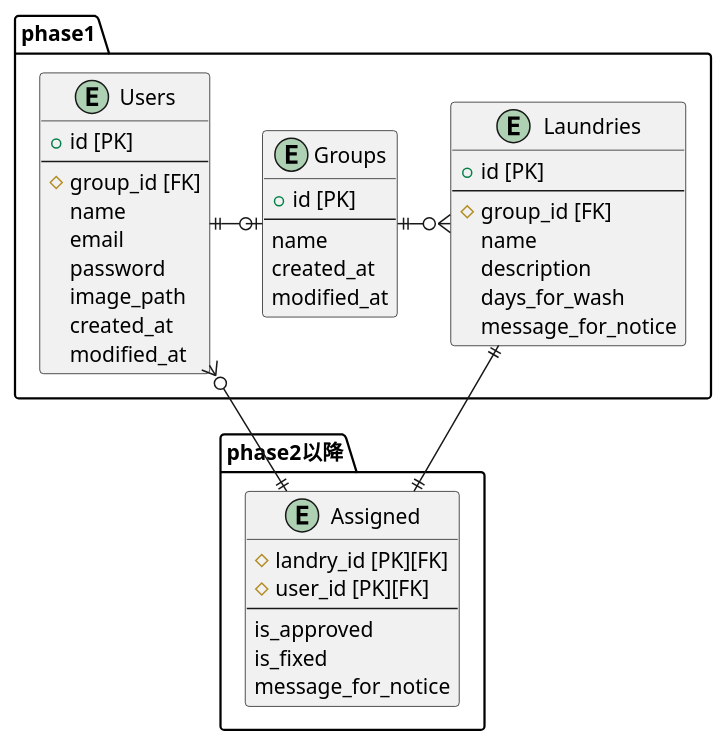
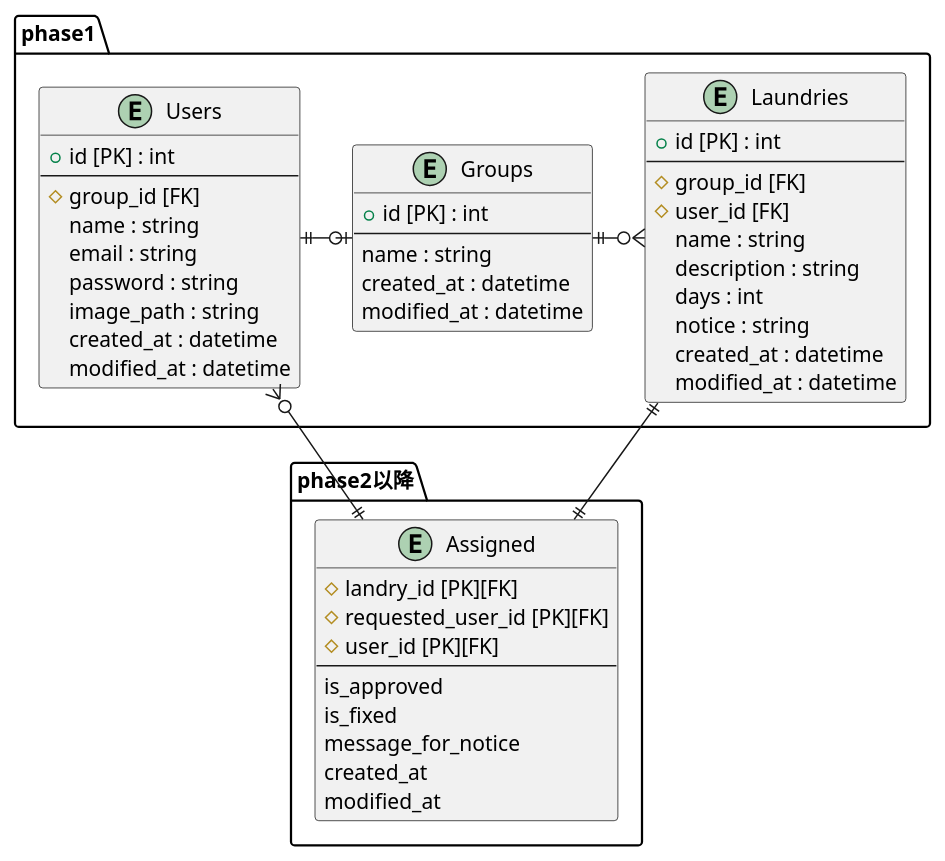
One commit to mixa393/mohumohu changed the diagram in docs/ER図.puml. Above: the diagram before and after it, drawn with PlantUML.

Commit message:
Fix: カラムの型を指定

```diff
--- a/docs/ER図.puml
+++ b/docs/ER図.puml
@@ -1,52 +1,58 @@
 @startuml
 
 package phase1 as phase1{
     entity Users{
-    + id [PK]
+    + id [PK] : int
     --
     # group_id [FK]
-    name
-    email
-    password
-    image_path
-    created_at
-    modified_at
+    name : string
+    email : string
+    password : string
+    image_path : string
+    created_at : datetime
+    modified_at : datetime
     }
 
     entity Groups
     {
-    + id [PK]
+    + id [PK] : int
     --
-    name
-    created_at
-    modified_at
+    name : string
+    created_at : datetime
+    modified_at : datetime
     }
 
     entity Laundries{
-    + id [PK]
+    + id [PK] : int
     --
     # group_id [FK]
-    name
-    description
-    days_for_wash
-    message_for_notice
+    # user_id [FK]
+    name : string
+    description : string
+    days : int
+    notice : string
+    created_at : datetime
+    modified_at : datetime
     }
 }
 
 package  phase2以降 as phase2{
     entity Assigned{
     # landry_id [PK][FK]
+    # requested_user_id [PK][FK]
     # user_id [PK][FK]
     --
     is_approved
     is_fixed
     message_for_notice
+    created_at
+    modified_at
     }
 }
 Users ||-o| Groups
 Groups ||-o{ Laundries
 Laundries ||-|| Assigned
 Users }o--|| Assigned
 
 
 @enduml
```
